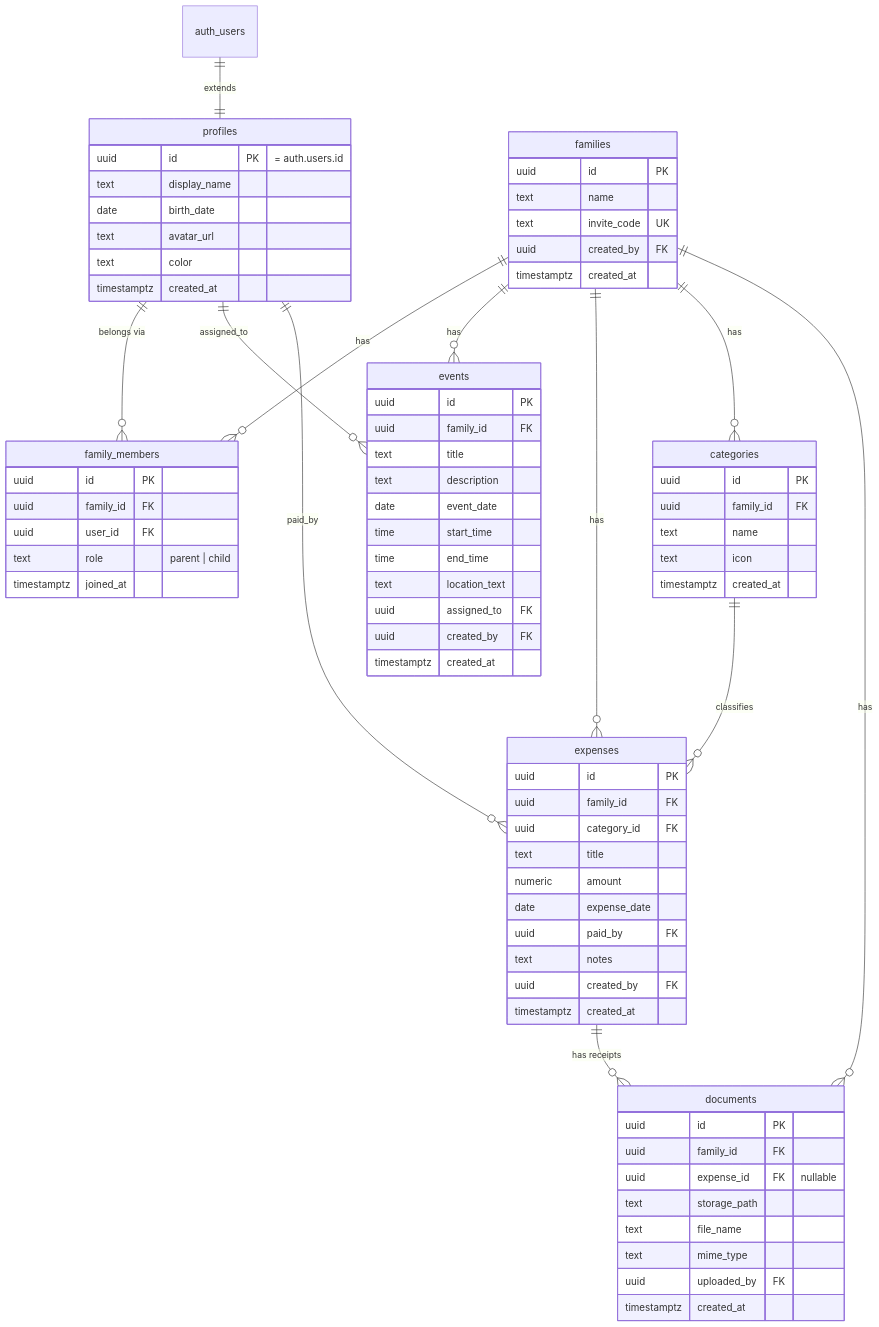
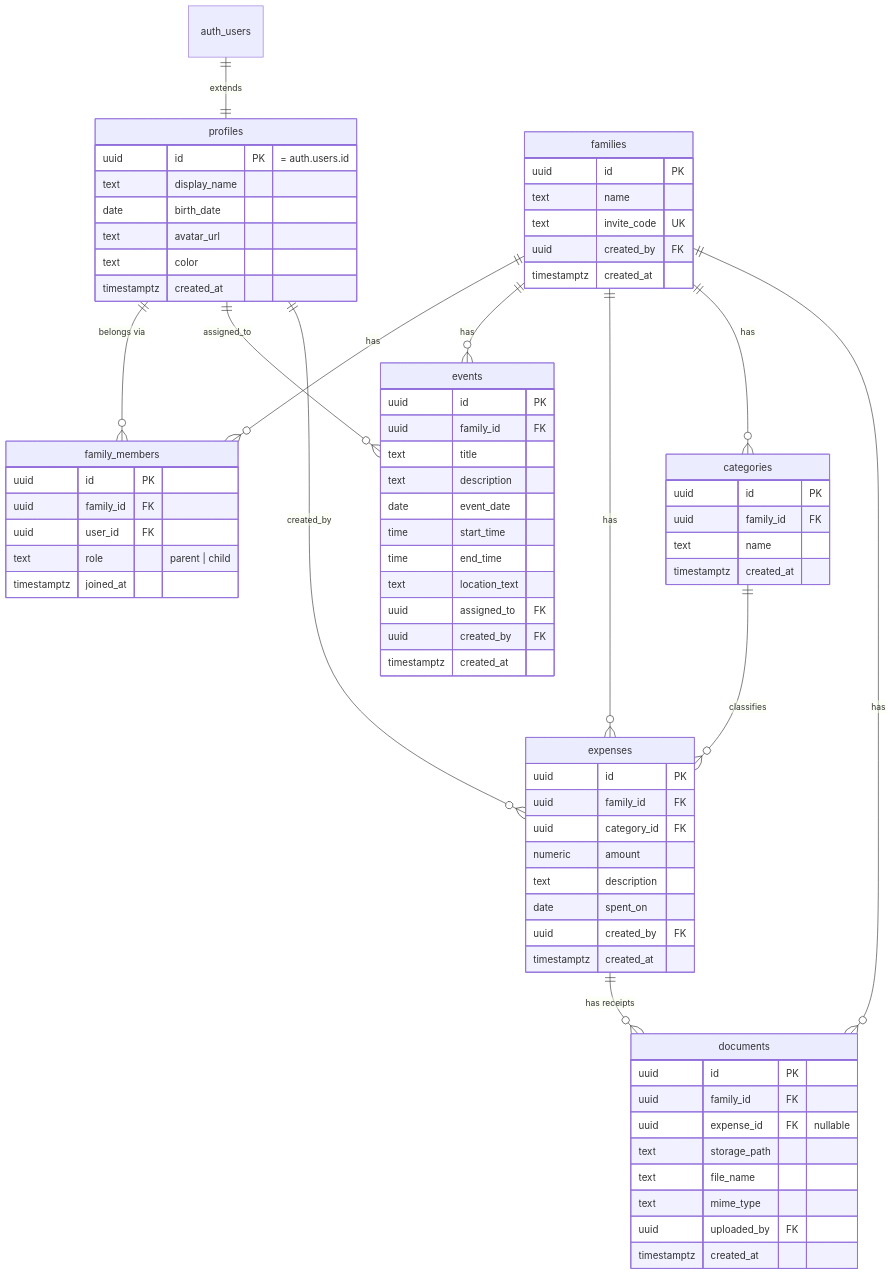
Before and after one commit to mihaela-code/fam-weave: the diagram in docs/DATABASE.md, drawn with Mermaid. The commit also changed other lines of this file and 1 other file, not shown here.

Commit message:
Document expenses schema and ADRs for single currency and default categories

````diff
--- a/docs/DATABASE.md
+++ b/docs/DATABASE.md
@@ -7,79 +7,76 @@
 ```mermaid
 erDiagram
     auth_users ||--|| profiles : "extends"
     profiles ||--o{ family_members : "belongs via"
     families ||--o{ family_members : "has"
     families ||--o{ events : "has"
     families ||--o{ expenses : "has"
     families ||--o{ categories : "has"
     families ||--o{ documents : "has"
     categories ||--o{ expenses : "classifies"
     expenses ||--o{ documents : "has receipts"
     profiles ||--o{ events : "assigned_to"
-    profiles ||--o{ expenses : "paid_by"
+    profiles ||--o{ expenses : "created_by"
 
     profiles {
         uuid id PK "= auth.users.id"
         text display_name
         date birth_date
         text avatar_url
         text color
         timestamptz created_at
     }
     families {
         uuid id PK
         text name
         text invite_code UK
         uuid created_by FK
         timestamptz created_at
     }
     family_members {
         uuid id PK
         uuid family_id FK
         uuid user_id FK
         text role "parent | child"
         timestamptz joined_at
     }
     categories {
         uuid id PK
         uuid family_id FK
         text name
-        text icon
         timestamptz created_at
     }
     events {
         uuid id PK
         uuid family_id FK
         text title
         text description
         date event_date
         time start_time
         time end_time
         text location_text
         uuid assigned_to FK
         uuid created_by FK
         timestamptz created_at
     }
     expenses {
         uuid id PK
         uuid family_id FK
         uuid category_id FK
-        text title
         numeric amount
-        date expense_date
-        uuid paid_by FK
-        text notes
+        text description
+        date spent_on
         uuid created_by FK
         timestamptz created_at
     }
     documents {
         uuid id PK
         uuid family_id FK
         uuid expense_id FK "nullable"
         text storage_path
         text file_name
         text mime_type
         uuid uploaded_by FK
         timestamptz created_at
     }
 ```
````
